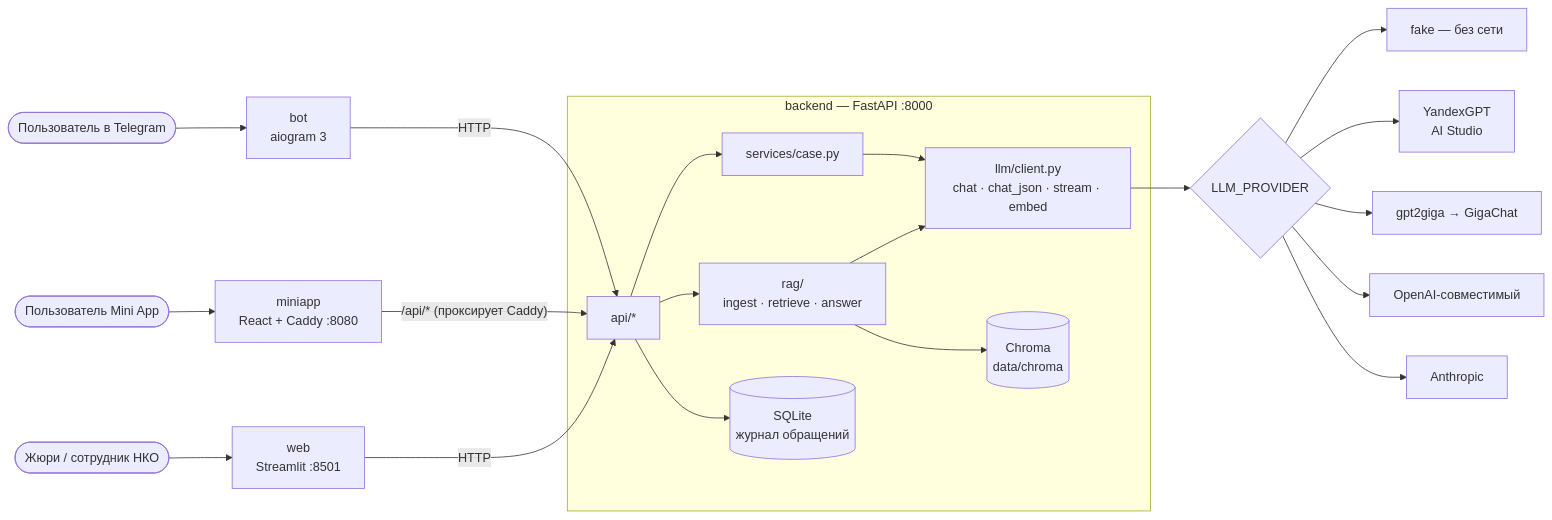
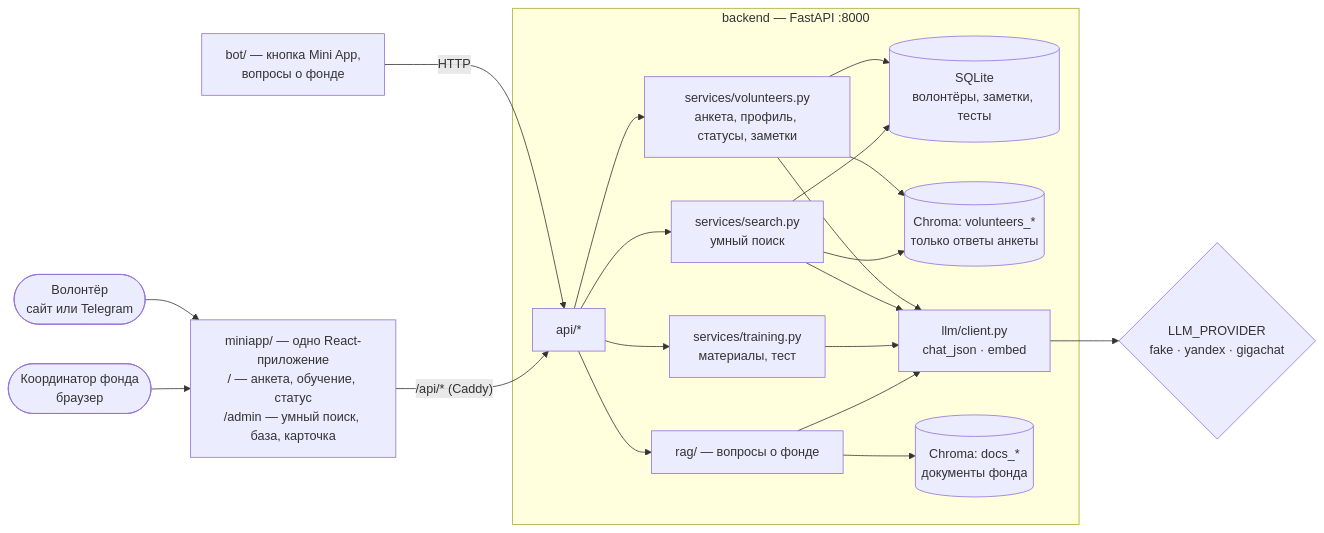
Before and after one commit to fry-alt/kod-so-smyslom-2: the first of 2 diagrams in docs/ARCHITECTURE.md, drawn with Mermaid. The commit also changed other lines of this file and 12 other files, not shown here.

````diff
--- a/docs/ARCHITECTURE.md
+++ b/docs/ARCHITECTURE.md
@@ -5,26 +9,23 @@
 ```mermaid
 flowchart LR
-    U1([Пользователь в Telegram]) --> BOT[bot<br/>aiogram 3]
-    U2([Пользователь Mini App]) --> MA[miniapp<br/>React + Caddy :8080]
-    U3([Жюри / сотрудник НКО]) --> WEB[web<br/>Streamlit :8501]
-
-    BOT -- HTTP --> API
-    MA -- "/api/* (проксирует Caddy)" --> API
-    WEB -- HTTP --> API
+    V([Волонтёр<br/>сайт или Telegram]) --> FE
+    K([Координатор фонда<br/>браузер]) --> FE
+    FE["miniapp/ — одно React-приложение<br/>/ — анкета, обучение, статус<br/>/admin — умный поиск, база, карточка"]
+    BOT[bot/ — кнопка Mini App,<br/>вопросы о фонде] -- HTTP --> API
+    FE -- "/api/* (Caddy)" --> API
 
     subgraph backend [backend — FastAPI :8000]
-        API[api/*] --> SVC[services/case.py]
-        API --> RAG[rag/<br/>ingest · retrieve · answer]
-        SVC --> LLM[llm/client.py<br/>chat · chat_json · stream · embed]
-        RAG --> LLM
-        API --> DB[(SQLite<br/>журнал обращений)]
-        RAG --> VDB[(Chroma<br/>data/chroma)]
+        API[api/*] --> VOL[services/volunteers.py<br/>анкета, профиль, статусы, заметки]
+        API --> SRCH[services/search.py<br/>умный поиск]
+        API --> TRN[services/training.py<br/>материалы, тест]
+        API --> RAG[rag/ — вопросы о фонде]
+        VOL --> DB[(SQLite<br/>волонтёры, заметки, тесты)]
+        VOL --> IDX[(Chroma: volunteers_*<br/>только ответы анкеты)]
+        SRCH --> IDX
+        SRCH --> DB
+        VOL & SRCH & TRN & RAG --> LLM[llm/client.py<br/>chat_json · embed]
+        RAG --> DOCS[(Chroma: docs_*<br/>документы фонда)]
     end
 
-    LLM --> P{LLM_PROVIDER}
-    P --> F[fake — без сети]
-    P --> Y[YandexGPT<br/>AI Studio]
-    P --> G[gpt2giga → GigaChat]
-    P --> O[OpenAI-совместимый]
-    P --> A[Anthropic]
+    LLM --> P{LLM_PROVIDER<br/>fake · yandex · gigachat}
 ```
````
